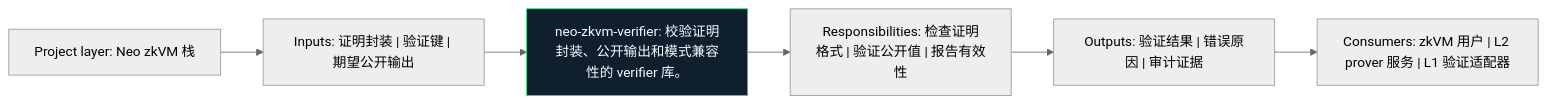
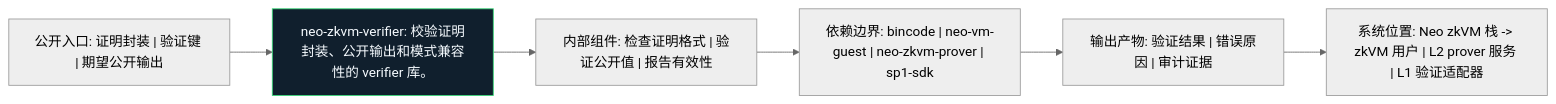
Before and after one commit to r3e-network/neo-zkvm: the diagram in crates/neo-zkvm-verifier/docs/figures/architecture.zh.mmd, drawn with Mermaid (neutral theme). The commit also changed 97 other files, not shown here.

```diff
--- a/crates/neo-zkvm-verifier/docs/figures/architecture.zh.mmd
+++ b/crates/neo-zkvm-verifier/docs/figures/architecture.zh.mmd
@@ -1,14 +1,14 @@
 flowchart LR
-    N1["Project layer: Neo zkVM 栈"]
-    N2["Inputs: 证明封装 | 验证键 | 期望公开输出"]
-    N3["neo-zkvm-verifier: 校验证明封装、公开输出和模式兼容性的 verifier 库。"]
-    N4["Responsibilities: 检查证明格式 | 验证公开值 | 报告有效性"]
-    N5["Outputs: 验证结果 | 错误原因 | 审计证据"]
-    N6["Consumers: zkVM 用户 | L2 prover 服务 | L1 验证适配器"]
+    N1["公开入口: 证明封装 | 验证键 | 期望公开输出"]
+    N2["neo-zkvm-verifier: 校验证明封装、公开输出和模式兼容性的 verifier 库。"]
+    N3["内部组件: 检查证明格式 | 验证公开值 | 报告有效性"]
+    N4["依赖边界: bincode | neo-vm-guest | neo-zkvm-prover | sp1-sdk"]
+    N5["输出产物: 验证结果 | 错误原因 | 审计证据"]
+    N6["系统位置: Neo zkVM 栈 -> zkVM 用户 | L2 prover 服务 | L1 验证适配器"]
     N1 --> N2
     N2 --> N3
     N3 --> N4
     N4 --> N5
     N5 --> N6
     classDef crate fill:#101f2d,stroke:#38d978,color:#f6fbff
-    class N3 crate
+    class N2 crate
```
